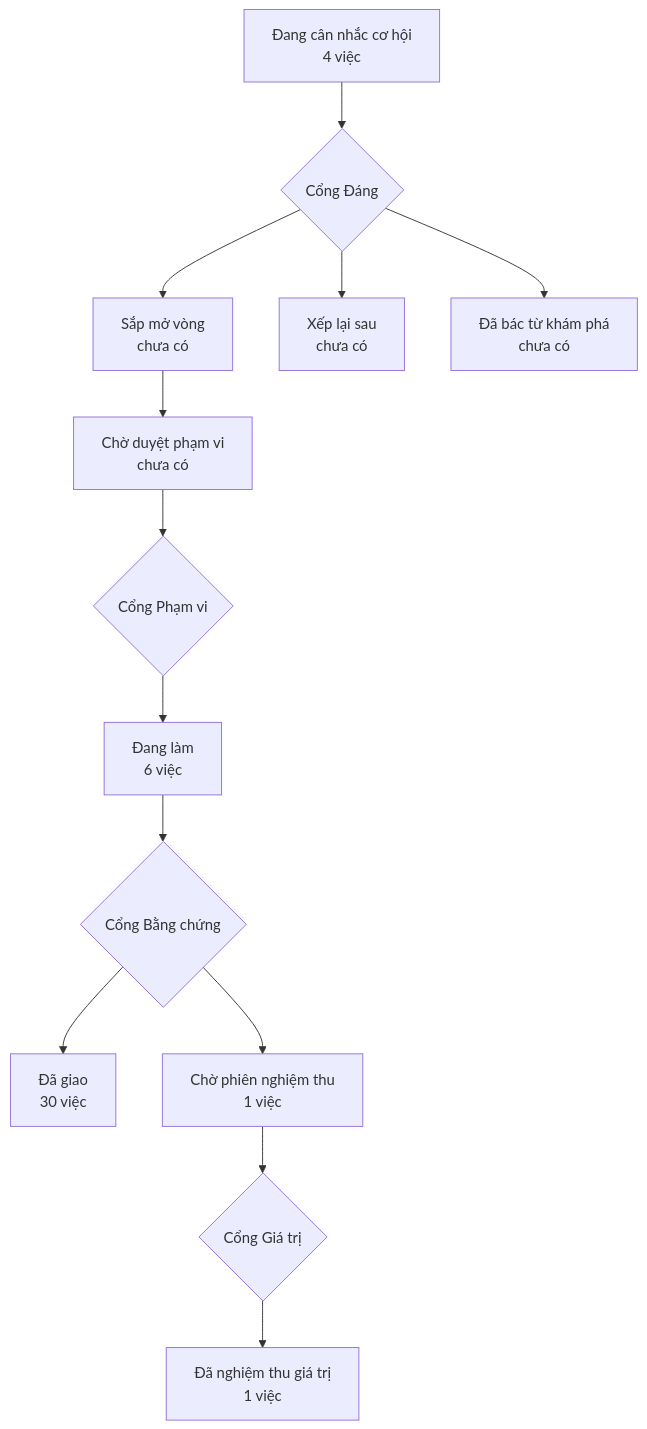
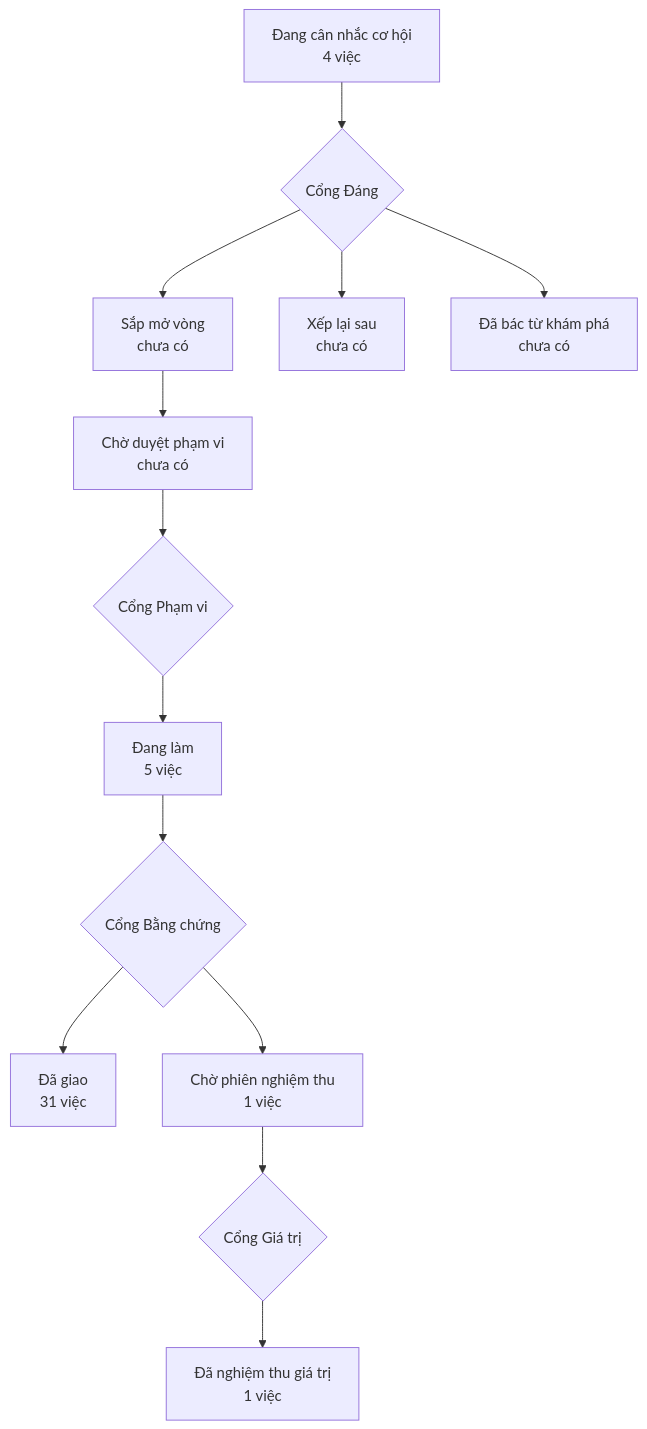
The diagram in PRODUCT-MAP.md (phanlemanh/crm-onehub), drawn with Mermaid before and after one commit. The commit also changed 3 other files, not shown here.

````diff
--- a/PRODUCT-MAP.md
+++ b/PRODUCT-MAP.md
@@ -6,12 +6,12 @@
 ```mermaid
 flowchart TD
   A["Đang cân nhắc cơ hội<br/>4 việc"] --> GD{"Cổng Đáng"}
   GD --> B["Sắp mở vòng<br/>chưa có"]
   GD --> XL["Xếp lại sau<br/>chưa có"]
   GD --> DB["Đã bác từ khám phá<br/>chưa có"]
   B --> CD["Chờ duyệt phạm vi<br/>chưa có"] --> GP{"Cổng Phạm vi"}
-  GP --> DL["Đang làm<br/>6 việc"] --> GB{"Cổng Bằng chứng"}
-  GB --> DG["Đã giao<br/>30 việc"]
+  GP --> DL["Đang làm<br/>5 việc"] --> GB{"Cổng Bằng chứng"}
+  GB --> DG["Đã giao<br/>31 việc"]
   GB --> CN["Chờ phiên nghiệm thu<br/>1 việc"] --> GG{"Cổng Giá trị"}
   GG --> NT["Đã nghiệm thu giá trị<br/>1 việc"]
 ```
````
